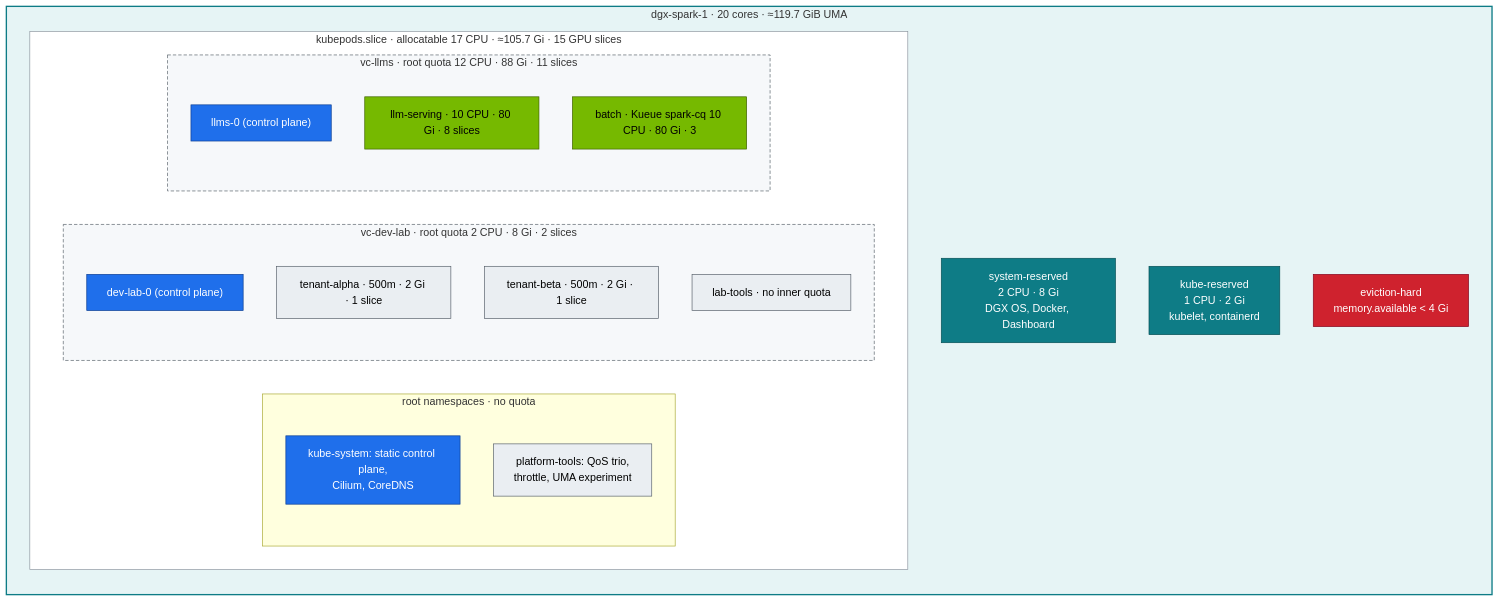
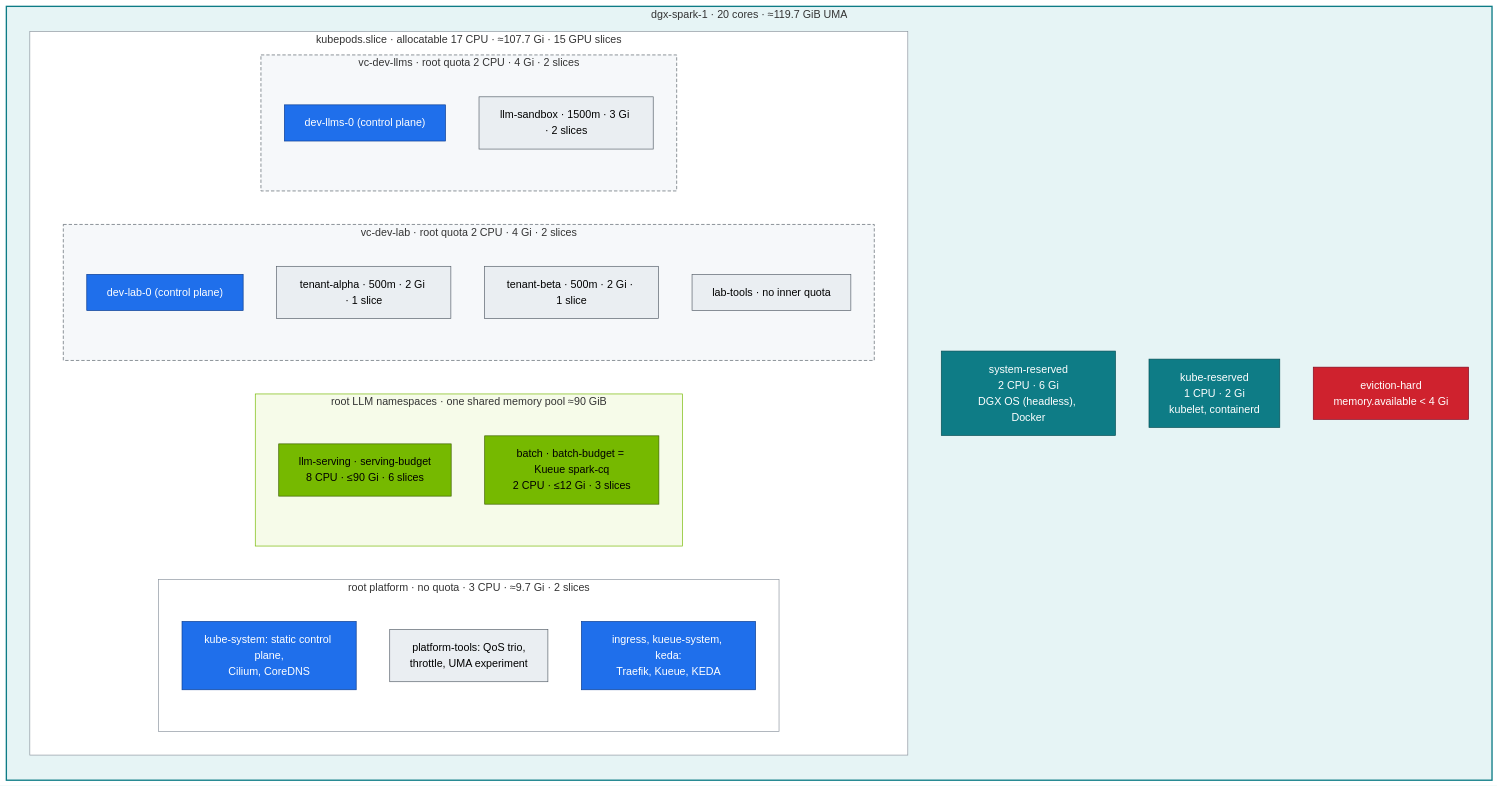
One commit to cloudone365/technical-depth changed the diagram in 02-Kubernetes/14-multi-tenancy-resource-quotas-and-cgroups.md. Above: the diagram before and after it, drawn with Mermaid. The commit also changed other lines of this file and 58 other files, not shown here.

First line of the commit message:
Docs: dev-llms sandbox vCluster, LLM stack on the root, shared ~90 GiB pool, headless DGX OS

````diff
--- a/02-Kubernetes/14-multi-tenancy-resource-quotas-and-cgroups.md
+++ b/02-Kubernetes/14-multi-tenancy-resource-quotas-and-cgroups.md
@@ -33,43 +35,50 @@
 ```mermaid
 flowchart TB
   subgraph NODE["dgx-spark-1 · 20 cores · ≈119.7 GiB UMA"]
     direction TB
-    SR["system-reserved<br/>2 CPU · 8 Gi<br/>DGX OS, Docker, Dashboard"]
+    SR["system-reserved<br/>2 CPU · 6 Gi<br/>DGX OS (headless), Docker"]
     KR["kube-reserved<br/>1 CPU · 2 Gi<br/>kubelet, containerd"]
     EV["eviction-hard<br/>memory.available &lt; 4 Gi"]
-    subgraph KP["kubepods.slice · allocatable 17 CPU · ≈105.7 Gi · 15 GPU slices"]
+    subgraph KP["kubepods.slice · allocatable 17 CPU · ≈107.7 Gi · 15 GPU slices"]
       direction LR
-      subgraph RT["root namespaces · no quota"]
+      subgraph RT["root platform · no quota · 3 CPU · ≈9.7 Gi · 2 slices"]
         CPL["kube-system: static control plane,<br/>Cilium, CoreDNS"]
         PT["platform-tools: QoS trio,<br/>throttle, UMA experiment"]
+        ADD["ingress, kueue-system, keda:<br/>Traefik, Kueue, KEDA"]
       end
-      subgraph VD["vc-dev-lab · root quota 2 CPU · 8 Gi · 2 slices"]
+      subgraph LP["root LLM namespaces · one shared memory pool ≈90 GiB"]
+        direction TB
+        LS["llm-serving · serving-budget<br/>8 CPU · ≤90 Gi · 6 slices"]
+        BQ["batch · batch-budget = Kueue spark-cq<br/>2 CPU · ≤12 Gi · 3 slices"]
+      end
+      subgraph VD["vc-dev-lab · root quota 2 CPU · 4 Gi · 2 slices"]
         direction TB
         DCP["dev-lab-0 (control plane)"]
         TA["tenant-alpha · 500m · 2 Gi · 1 slice"]
         TB["tenant-beta · 500m · 2 Gi · 1 slice"]
         LT["lab-tools · no inner quota"]
       end
-      subgraph VL["vc-llms · root quota 12 CPU · 88 Gi · 11 slices"]
+      subgraph VL["vc-dev-llms · root quota 2 CPU · 4 Gi · 2 slices"]
         direction TB
-        LCP["llms-0 (control plane)"]
-        LS["llm-serving · 10 CPU · 80 Gi · 8 slices"]
-        BQ["batch · Kueue spark-cq 10 CPU · 80 Gi · 3"]
+        LCP["dev-llms-0 (control plane)"]
+        SB["llm-sandbox · 1500m · 3 Gi · 2 slices"]
       end
     end
   end
   classDef sec fill:#cf222e,stroke:#82071e,color:#fff
   classDef node fill:#0e7c86,stroke:#064e54,color:#fff
   classDef ctrl fill:#1f6feb,stroke:#0b3d91,color:#fff
   classDef gpu fill:#76b900,stroke:#3d6000,color:#000
   classDef tenant fill:#eaeef2,stroke:#57606a,color:#000
   class SR,KR node
   class EV sec
-  class CPL,DCP,LCP ctrl
+  class CPL,DCP,LCP,ADD ctrl
   class LS,BQ gpu
-  class TA,TB,LT,PT tenant
+  class TA,TB,LT,PT,SB tenant
   style NODE fill:#e6f4f5,stroke:#0e7c86,stroke-width:2px
   style KP fill:#ffffff,stroke:#8c959f
   style VD fill:#f6f8fa,stroke:#57606a,stroke-dasharray:5 3
   style VL fill:#f6f8fa,stroke:#57606a,stroke-dasharray:5 3
+  style LP fill:#f6fbe9,stroke:#76b900
+  style RT fill:#ffffff,stroke:#8c959f
 ```
````
